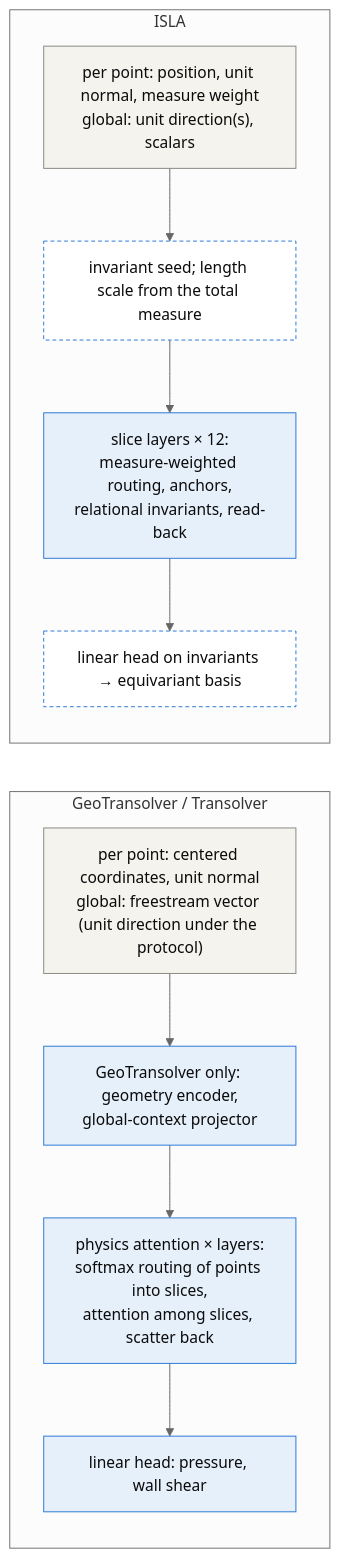
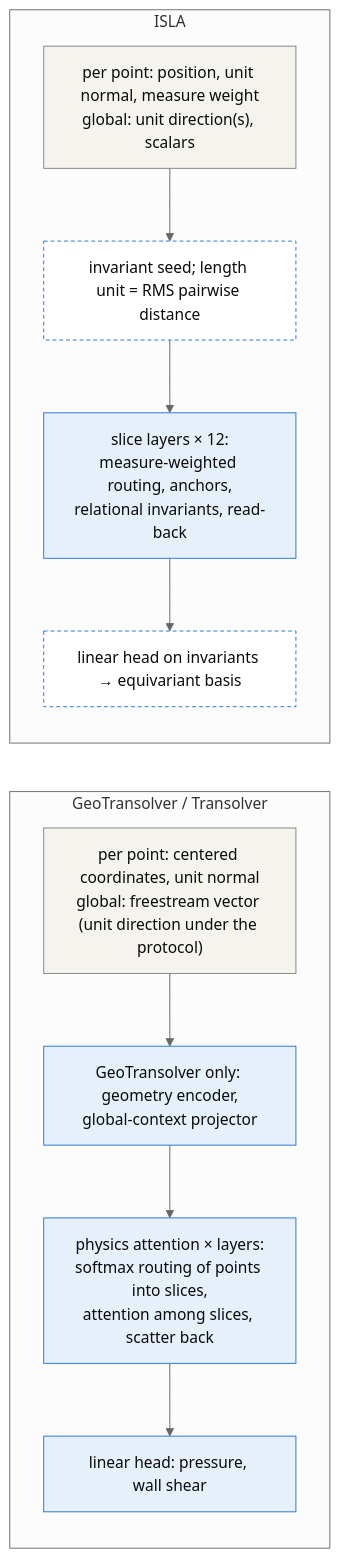
The diagram in examples/cfd/mesh_transformer/book/04-baselines-and-fair-comparison.qmd (peterdsharpe/physicsnemo), drawn with Mermaid (neutral theme) before and after one commit. The commit also changed 12 other files, not shown here.

````diff
--- a/examples/cfd/mesh_transformer/book/04-baselines-and-fair-comparison.qmd
+++ b/examples/cfd/mesh_transformer/book/04-baselines-and-fair-comparison.qmd
@@ -41,33 +41,33 @@
 ```{mermaid}
 %%| label: fig-family-diagram
 %%| fig-cap: >
 %%|   What each architecture is handed, and where they differ. Gray boxes
 %%|   are data; the routing mechanism (solid blue) is shared by the whole
 %%|   family. GeoTransolver and Transolver receive coordinates in the
 %%|   dataset's frame and the freestream as a vector; ISLA receives only
 %%|   invariants of the same inputs and its slices carry the surface measure
 %%|   (dashed blue: fixed maps with no parameters). How to read this: the
 %%|   diagram shows inputs and structure, not accuracy; the learned blocks are
 %%|   the same kind of object in all three.
 flowchart LR
     classDef data fill:#f4f3ee,stroke:#898781,color:#0b0b0b
     classDef learned fill:#e6f0fb,stroke:#2a78d6,color:#0b0b0b
     classDef fixed fill:#ffffff,stroke:#2a78d6,stroke-dasharray:4 3,color:#0b0b0b
 
     subgraph B["GeoTransolver / Transolver"]
         direction TB
         B1["per point: centered coordinates, unit normal<br/>global: freestream vector (unit direction under the protocol)"]:::data
         B2["GeoTransolver only: geometry encoder,<br/>global-context projector"]:::learned
         B3["physics attention × layers:<br/>softmax routing of points into slices,<br/>attention among slices, scatter back"]:::learned
         B4["linear head: pressure, wall shear"]:::learned
         B1 --> B2 --> B3 --> B4
     end
     subgraph I["ISLA"]
         direction TB
         I1["per point: position, unit normal, measure weight<br/>global: unit direction(s), scalars"]:::data
-        I2["invariant seed; length scale from the total measure"]:::fixed
+        I2["invariant seed; length unit = RMS pairwise distance"]:::fixed
         I3["slice layers × 12:<br/>measure-weighted routing, anchors,<br/>relational invariants, read-back"]:::learned
         I4["linear head on invariants → equivariant basis"]:::fixed
         I1 --> I2 --> I3 --> I4
     end
 ```
````
